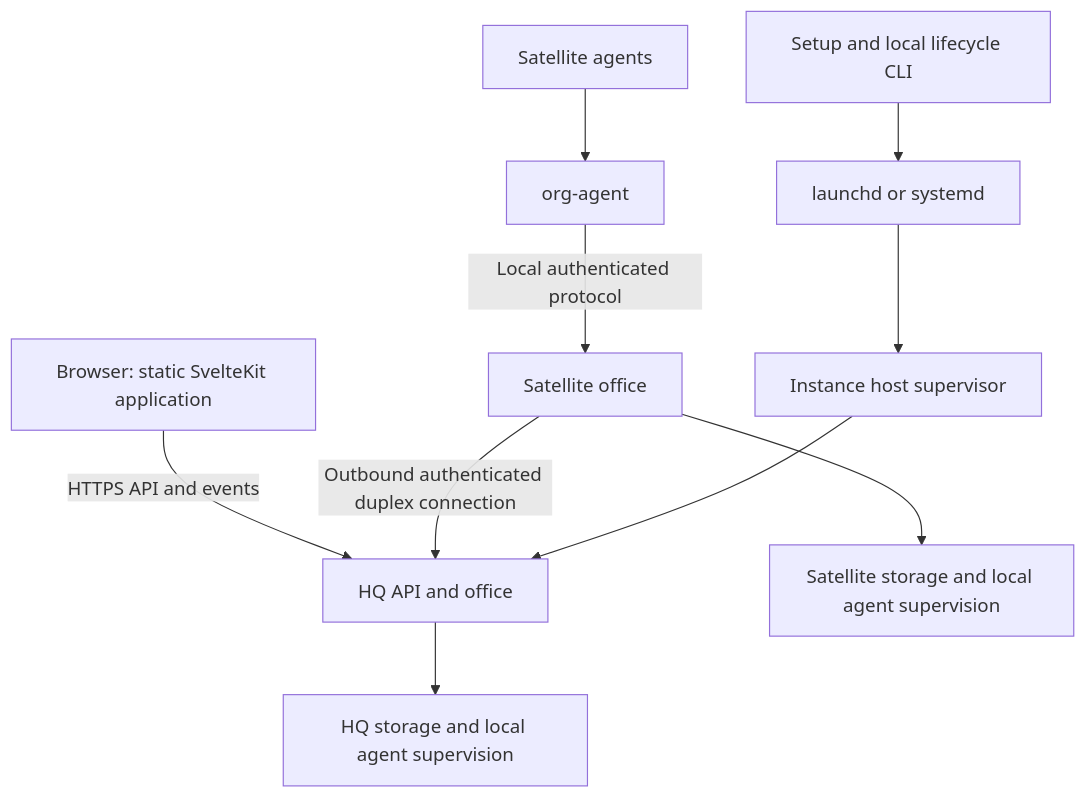
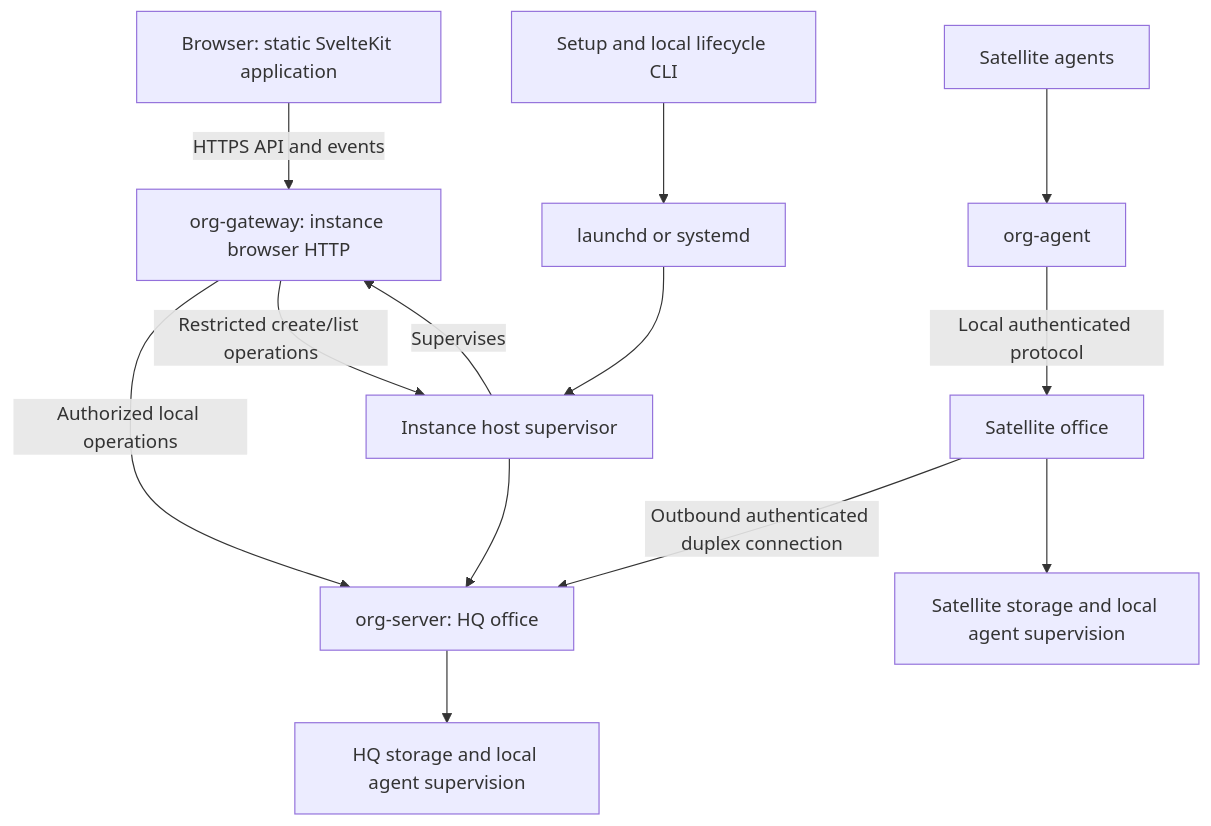
One commit to vgmello/agentic-org changed the diagram in docs/design/standalone-server.md. Above: the diagram before and after it, drawn with Mermaid. The commit also changed other lines of this file and 23 other files, not shown here.

````diff
--- a/docs/design/standalone-server.md
+++ b/docs/design/standalone-server.md
@@ -20,12 +20,15 @@
 ```mermaid
 flowchart TD
-    Browser[Browser: static SvelteKit application] -->|HTTPS API and events| HQ[HQ API and office]
+    Browser[Browser: static SvelteKit application] -->|HTTPS API and events| Gateway[org-gateway: instance browser HTTP]
+    Gateway -->|Authorized local operations| HQ[org-server: HQ office]
+    Gateway -->|Restricted create/list operations| Instance
     HQ --> HQWork[HQ storage and local agent supervision]
     Sat[Satellite office] -->|Outbound authenticated duplex connection| HQ
     Sat --> SatWork[Satellite storage and local agent supervision]
     Agents[Satellite agents] --> CLI[org-agent]
     CLI -->|Local authenticated protocol| Sat
     OS[launchd or systemd] --> Instance[Instance host supervisor]
     Instance --> HQ
+    Instance -->|Supervises| Gateway
     Setup[Setup and local lifecycle CLI] --> OS
 ```
````
